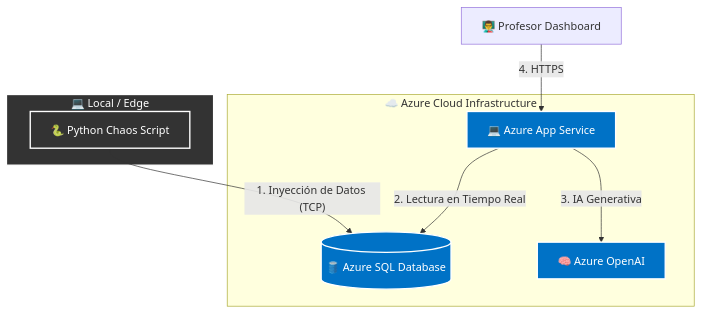
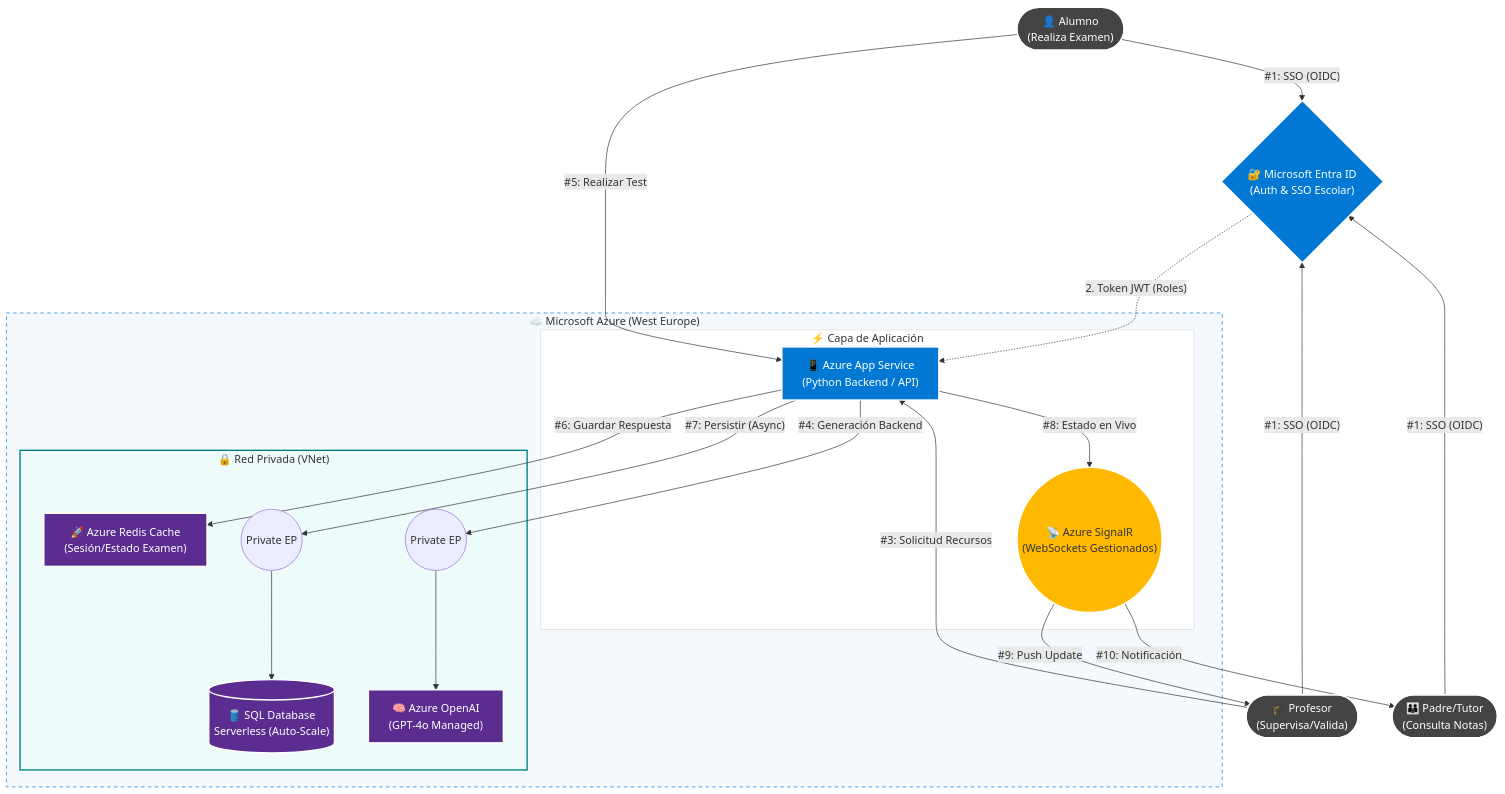
The diagram in README.md (GabrielFersPin/Eduinnovatech), drawn with Mermaid before and after one commit. The commit also changed other lines of this file, not shown here.

Commit message:
docs: Expand README with detailed architecture, FinOps, security, and AI sections, replacing the previous basic overview and local setup instructions.

````diff
--- a/README.md
+++ b/README.md
@@ -16,28 +31,61 @@
 ```mermaid
 graph TD
-    %% Definición de Nodos y Subgrafos
-    subgraph Local ["💻 Local / Edge"]
-        Sim["🐍 Python Chaos Script"]
+    %% --- Estilos ---
+    classDef azure fill:#0078d4,stroke:#fff,stroke-width:2px,color:#fff
+    classDef external fill:#444,stroke:#fff,stroke-width:2px,color:#fff
+    classDef data fill:#5c2d91,stroke:#fff,stroke-width:2px,color:#fff
+    classDef realtime fill:#ffb900,stroke:#fff,stroke-width:2px,color:#333
+
+    %% --- Actores Externos ---
+    Student(["👤 Alumno<br/>(Realiza Examen)"])
+    Teacher(["🎓 Profesor<br/>(Supervisa/Valida)"])
+    Parent(["👪 Padre/Tutor<br/>(Consulta Notas)"])
+    
+    EntraID{"🔐 Microsoft Entra ID<br/>(Auth & SSO Escolar)"}
+
+    %% --- Azure Cloud Scope ---
+    subgraph AzureRegion ["☁️ Microsoft Azure (West Europe)"]
+        style AzureRegion fill:#f4f9fd,stroke:#0078d4,stroke-dasharray: 5 5
+
+        %% Capa de Computación y Web
+        subgraph ComputeLayer ["⚡ Capa de Aplicación"]
+            style ComputeLayer fill:#fff,stroke:#ddd
+            AppService["📱 Azure App Service<br/>(Python Backend / API)"]
+            SignalR(("📡 Azure SignalR<br/>(WebSockets Gestionados)"))
+        end
+
+        %% Capa de Datos Segura (VNet)
+        subgraph DataLayer ["🔒 Red Privada (VNet)"]
+            style DataLayer fill:#eefbfb,stroke:#008080,stroke-width:2px
+            
+            SQL[("🛢️ SQL Database<br/>Serverless (Auto-Scale)")]
+            Redis["🚀 Azure Redis Cache<br/>(Sesión/Estado Examen)"]
+            OpenAI["🧠 Azure OpenAI<br/>(GPT-4o Managed)"]
+            
+            %% Private Endpoints
+            PE_SQL(("Private EP"))
+            PE_AI(("Private EP"))
+        end
     end
 
-    subgraph Azure ["☁️ Azure Cloud Infrastructure"]
-        SQL_Public[("🛢️ Azure SQL Database")]
-        WebApp["💻 Azure App Service"]
-        OpenAI["🧠 Azure OpenAI"]
-    end
+    %% --- Flujos Principales ---
+    Student & Teacher & Parent -- "#1: SSO (OIDC)" --> EntraID
+    EntraID -. "2. Token JWT (Roles)" .-> AppService
+    
+    Teacher -- "#3: Solicitud Recursos" --> AppService
+    AppService -- "#4: Generación Backend" --> PE_AI --> OpenAI
+    
+    Student -- "#5: Realizar Test" --> AppService
+    AppService -- "#6: Guardar Respuesta" --> Redis
+    AppService -- "#7: Persistir (Async)" --> PE_SQL --> SQL
+    
+    AppService -- "#8: Estado en Vivo" --> SignalR
+    SignalR -- "#9: Push Update" --> Teacher
+    SignalR -- "#10: Notificación" --> Parent
 
-    User["👨‍🏫 Profesor Dashboard"]
-
-    %% Relaciones
-    Sim -->|"1. Inyección de Datos (TCP)"| SQL_Public
-    WebApp -->|"2. Lectura en Tiempo Real"| SQL_Public
-    WebApp -->|"3. IA Generativa"| OpenAI
-    User -->|"4. HTTPS"| WebApp
-
-    %% Estilos (Opcional, para que se vea pro)
-    classDef azure fill:#0072C6,stroke:#fff,stroke-width:2px,color:#fff;
-    classDef local fill:#333,stroke:#fff,stroke-width:2px,color:#fff;
-    
-    class SQL_Public,WebApp,OpenAI azure;
-    class Sim,Local local;
+    %% --- Asignación de Clases ---
+    class Student,Teacher,Parent external;
+    class EntraID,AppService azure;
+    class SignalR realtime;
+    class SQL,Redis,OpenAI data;
 ```
````
